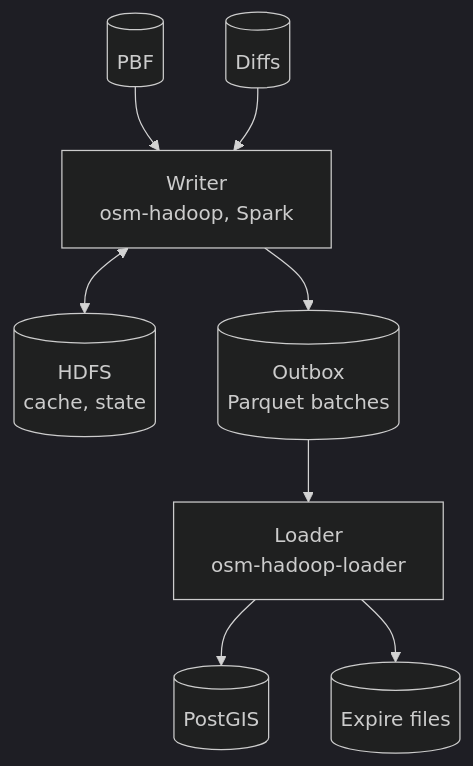
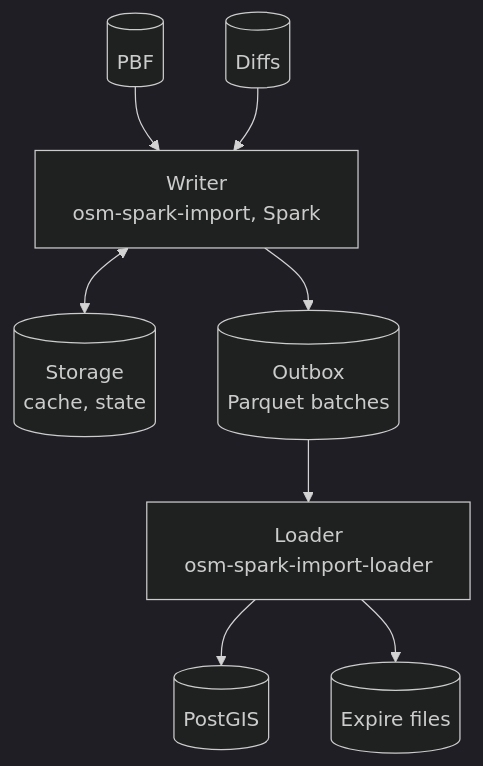
The first of 5 diagrams in docs/design.md (johngian/osm-spark-import), drawn with Mermaid (dark theme) before and after one commit. The commit also changed other lines of this file and 38 other files, not shown here.

Commit message:
Rename to osm-spark-import

````diff
--- a/docs/design.md
+++ b/docs/design.md
@@ -15,10 +15,10 @@
 ```mermaid
 flowchart TB
     pbf[(PBF)] --> w
     repl[(Diffs)] --> w
-    w[Writer<br/>osm-hadoop, Spark] <--> h[(HDFS<br/>cache, state)]
+    w[Writer<br/>osm-spark-import, Spark] <--> h[(Storage<br/>cache, state)]
     w --> o[(Outbox<br/>Parquet batches)]
-    o --> l[Loader<br/>osm-hadoop-loader]
+    o --> l[Loader<br/>osm-spark-import-loader]
     l --> pg[(PostGIS)]
     l --> t[(Expire files)]
 ```
````
